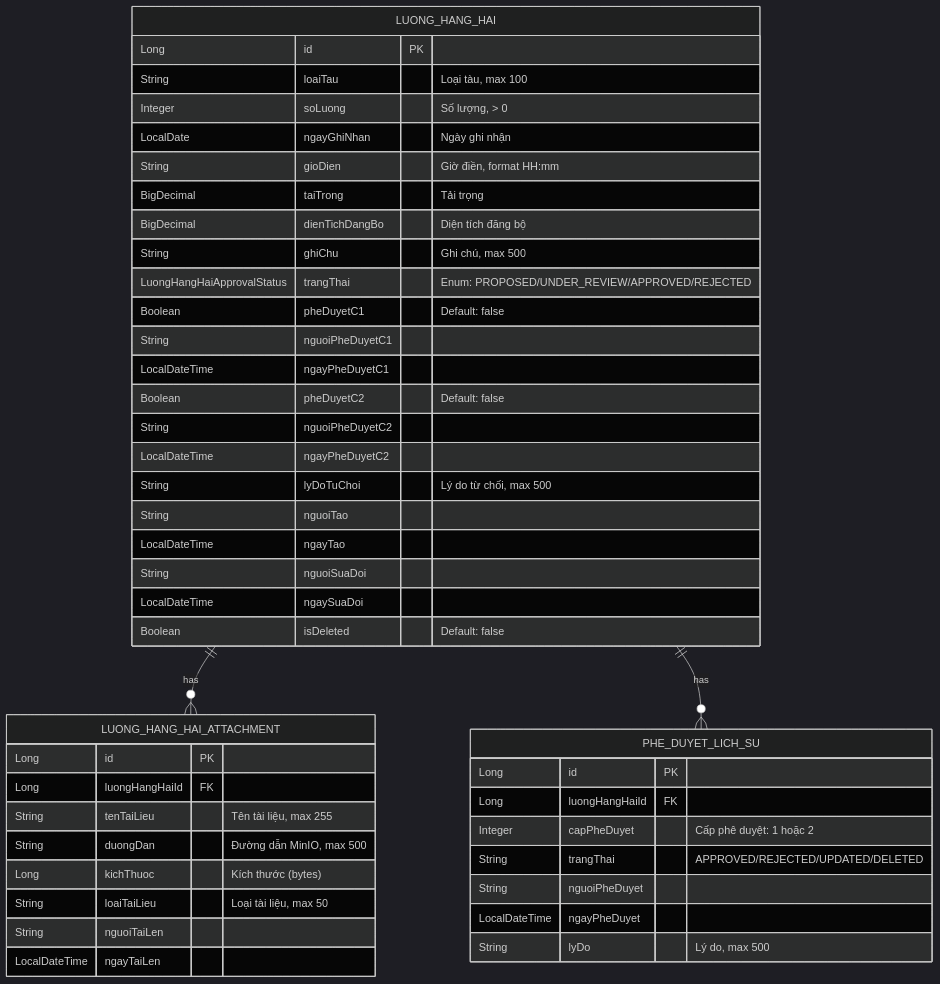
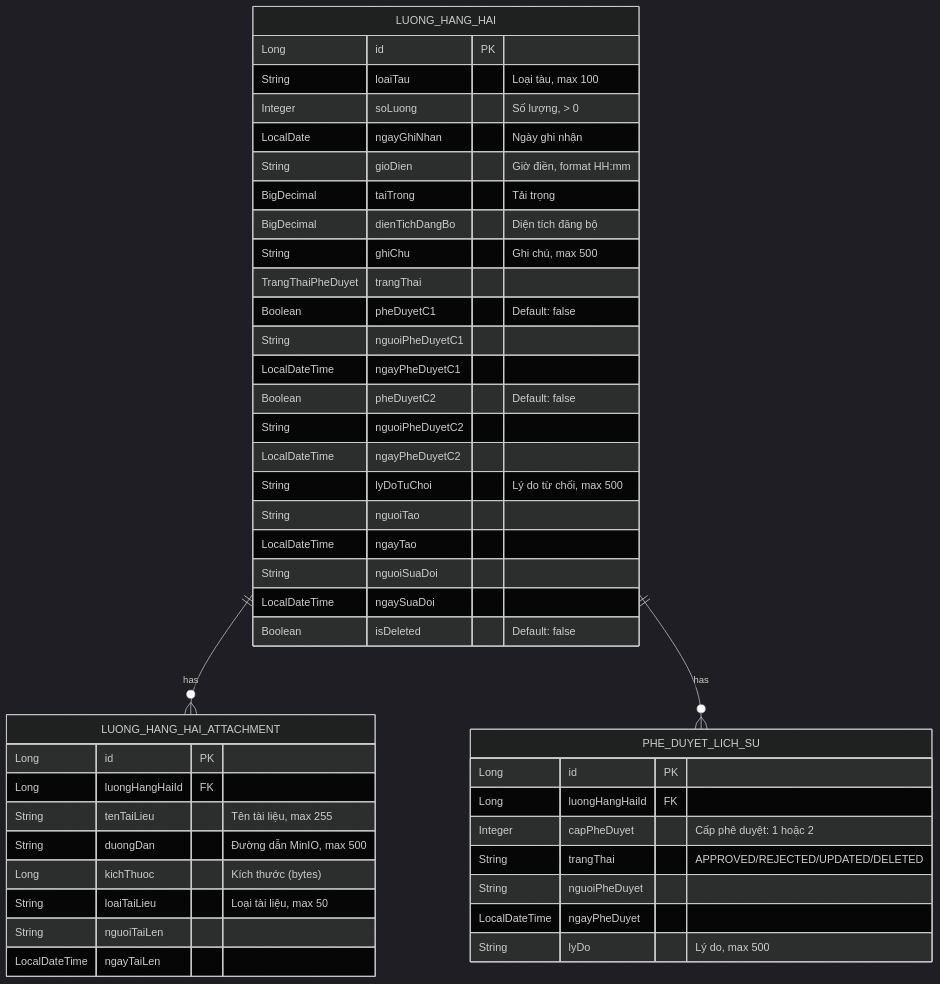
Before and after one commit to trangg21-bit/hang-hai-kchtgt: the third of 7 diagrams in docs/modules/M-003-quan-ly-tai-san-kchtgt-khu-nuoc-vts/DESIGN.md, drawn with Mermaid (dark theme). The commit also changed other lines of this file and 57 other files, not shown here.

````diff
--- a/docs/modules/M-003-quan-ly-tai-san-kchtgt-khu-nuoc-vts/DESIGN.md
+++ b/docs/modules/M-003-quan-ly-tai-san-kchtgt-khu-nuoc-vts/DESIGN.md
@@ -74,50 +212,50 @@
 ```mermaid
 erDiagram
     LUONG_HANG_HAI ||--o{ LUONG_HANG_HAI_ATTACHMENT : "has"
     LUONG_HANG_HAI ||--o{ PHE_DUYET_LICH_SU : "has"
 
     LUONG_HANG_HAI {
         Long id PK
         String loaiTau "Loại tàu, max 100"
         Integer soLuong "Số lượng, > 0"
         LocalDate ngayGhiNhan "Ngày ghi nhận"
         String gioDien "Giờ điền, format HH:mm"
         BigDecimal taiTrong "Tải trọng"
         BigDecimal dienTichDangBo "Diện tích đăng bộ"
         String ghiChu "Ghi chú, max 500"
-        LuongHangHaiApprovalStatus trangThai "Enum: PROPOSED/UNDER_REVIEW/APPROVED/REJECTED"
+        TrangThaiPheDuyet trangThai
         Boolean pheDuyetC1 "Default: false"
         String nguoiPheDuyetC1
         LocalDateTime ngayPheDuyetC1
         Boolean pheDuyetC2 "Default: false"
         String nguoiPheDuyetC2
         LocalDateTime ngayPheDuyetC2
         String lyDoTuChoi "Lý do từ chối, max 500"
         String nguoiTao
         LocalDateTime ngayTao
         String nguoiSuaDoi
         LocalDateTime ngaySuaDoi
         Boolean isDeleted "Default: false"
     }
 
     LUONG_HANG_HAI_ATTACHMENT {
         Long id PK
         Long luongHangHaiId FK
         String tenTaiLieu "Tên tài liệu, max 255"
         String duongDan "Đường dẫn MinIO, max 500"
         Long kichThuoc "Kích thước (bytes)"
         String loaiTaiLieu "Loại tài liệu, max 50"
         String nguoiTaiLen
         LocalDateTime ngayTaiLen
     }
 
     PHE_DUYET_LICH_SU {
         Long id PK
         Long luongHangHaiId FK
         Integer capPheDuyet "Cấp phê duyệt: 1 hoặc 2"
         String trangThai "APPROVED/REJECTED/UPDATED/DELETED"
         String nguoiPheDuyet
         LocalDateTime ngayPheDuyet
         String lyDo "Lý do, max 500"
     }
 ```
````
